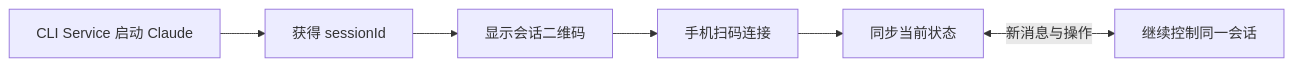
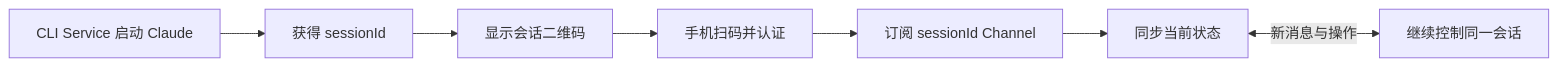
Before and after one commit to tea4go/claude-mobile-remote: the first of 4 diagrams in REQUIREMENTS.md, drawn with Mermaid. The commit also changed other lines of this file and 5 other files, not shown here.

````diff
--- a/REQUIREMENTS.md
+++ b/REQUIREMENTS.md
@@ -24,8 +24,9 @@
 ```mermaid
 flowchart LR
     A["CLI Service 启动 Claude"] --> B["获得 sessionId"]
     B --> C["显示会话二维码"]
-    C --> D["手机扫码连接"]
-    D --> E["同步当前状态"]
-    E <-->|"新消息与操作"| F["继续控制同一会话"]
+    C --> D["手机扫码并认证"]
+    D --> E["订阅 sessionId Channel"]
+    E --> F["同步当前状态"]
+    F <-->|"新消息与操作"| G["继续控制同一会话"]
 ```
````
